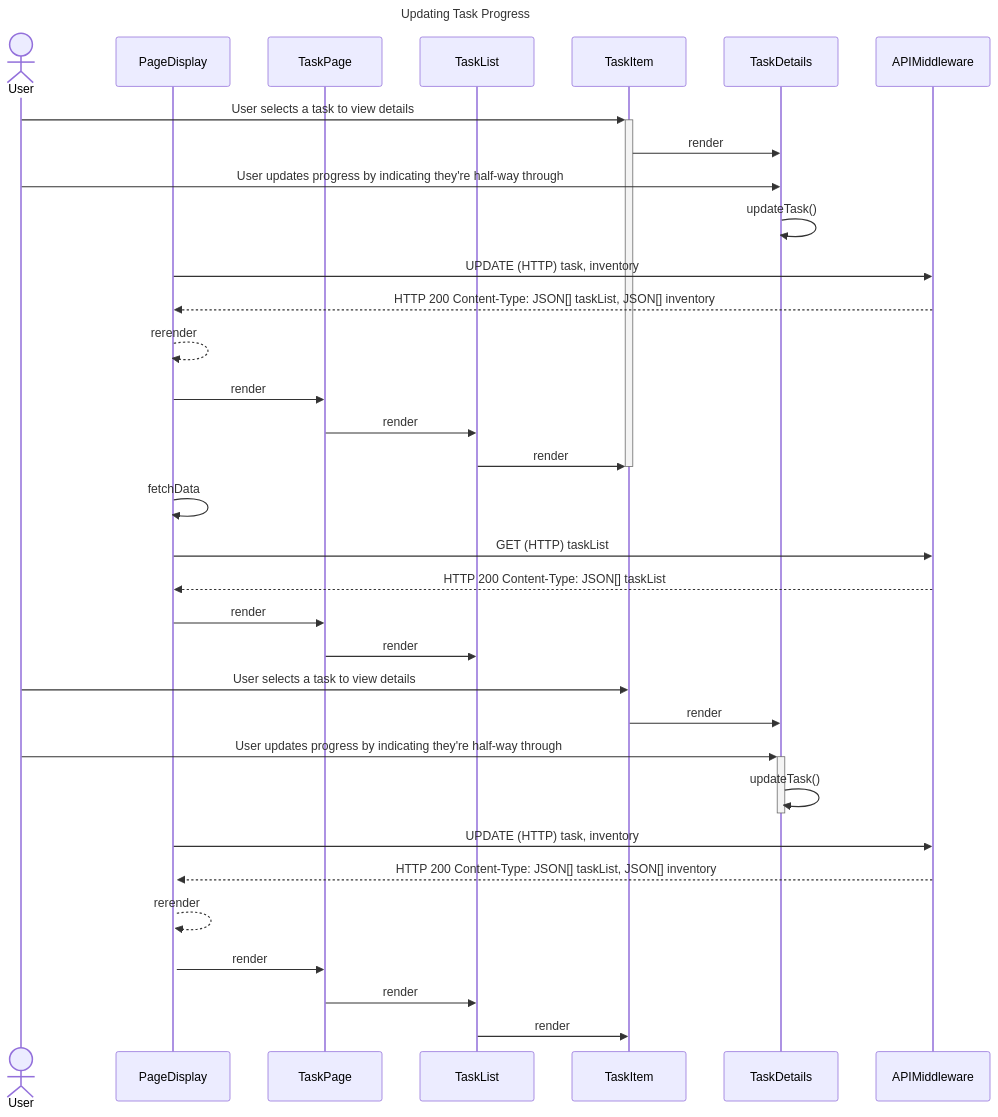
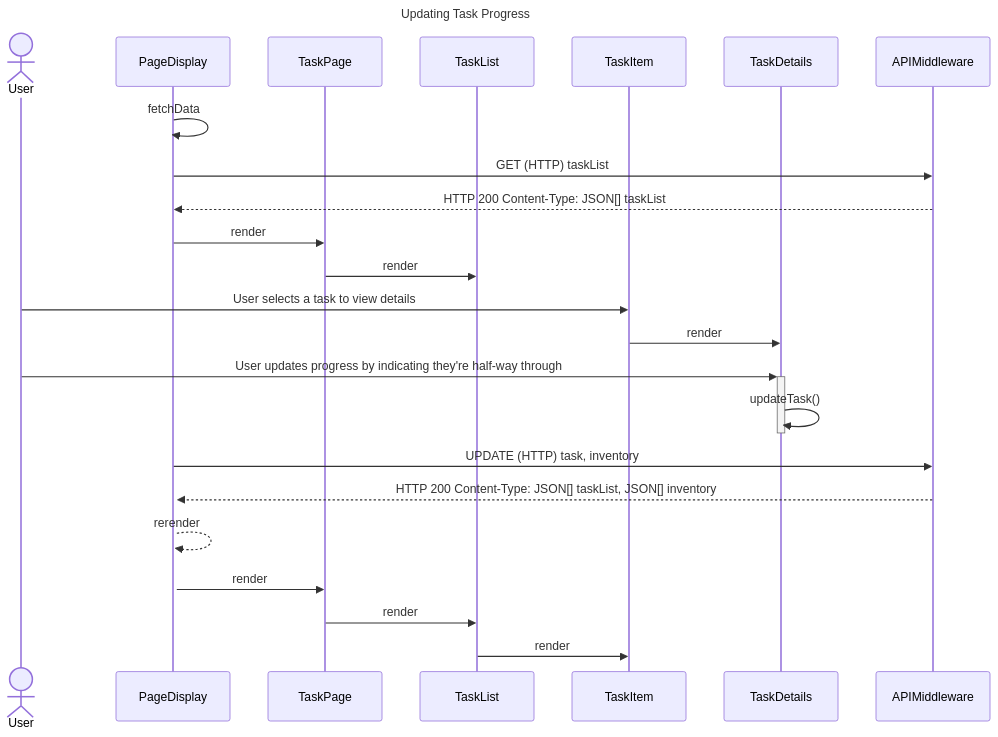
Before and after one commit to Capstone-Projects-2023-Spring/project-virtual-pet: the fourth of 6 diagrams in documentation/docs/system-architecture/sequence-diagrams.md, drawn with Mermaid. The commit also changed other lines of this file, not shown here.

Commit message:
added use case 4 sequence diagram

````diff
--- a/documentation/docs/system-architecture/sequence-diagrams.md
+++ b/documentation/docs/system-architecture/sequence-diagrams.md
@@ -143,46 +176,33 @@
 ```mermaid
 sequenceDiagram
     title Updating Task Progress
     actor User as User
     participant PageDisplay
     participant TaskPage
     participant TaskList
     participant TaskItem
     participant TaskDetails
     participant APIMiddleware
     
-    User->>+TaskItem: User selects a task to view details
-    TaskItem->>TaskDetails: render
-    User->>TaskDetails: User updates progress by indicating they're half-way through
-    TaskDetails->>TaskDetails: updateTask()
-    %% Note over TaskDetails 
-    PageDisplay->>APIMiddleware: UPDATE (HTTP) task, inventory
-    APIMiddleware-->>PageDisplay: HTTP 200 Content-Type: JSON[] taskList, JSON[] inventory
-    PageDisplay-->>PageDisplay: rerender
-    PageDisplay->>TaskPage: render
-    TaskPage->>TaskList: render
-    TaskList->>TaskItem: render
-    deactivate TaskItem
-
     PageDisplay ->> PageDisplay: fetchData
     PageDisplay ->> APIMiddleware: GET (HTTP) taskList
     APIMiddleware -->> PageDisplay: HTTP 200 Content-Type: JSON[] taskList
     PageDisplay ->> TaskPage: render
     TaskPage ->> TaskList: render
 
     User->>TaskItem: User selects a task to view details
     TaskItem->>TaskDetails: render
 
     User ->>+ TaskDetails: User updates progress by indicating they're half-way through
     TaskDetails ->> TaskDetails: updateTask()
     deactivate TaskDetails
 
     PageDisplay ->> APIMiddleware: UPDATE (HTTP) task, inventory
     APIMiddleware-->>+PageDisplay: HTTP 200 Content-Type: JSON[] taskList, JSON[] inventory
     PageDisplay-->>PageDisplay: rerender
     
     PageDisplay->>TaskPage: render
     TaskPage->>TaskList: render
     TaskList->>TaskItem: render
-
+    
 ```
````
